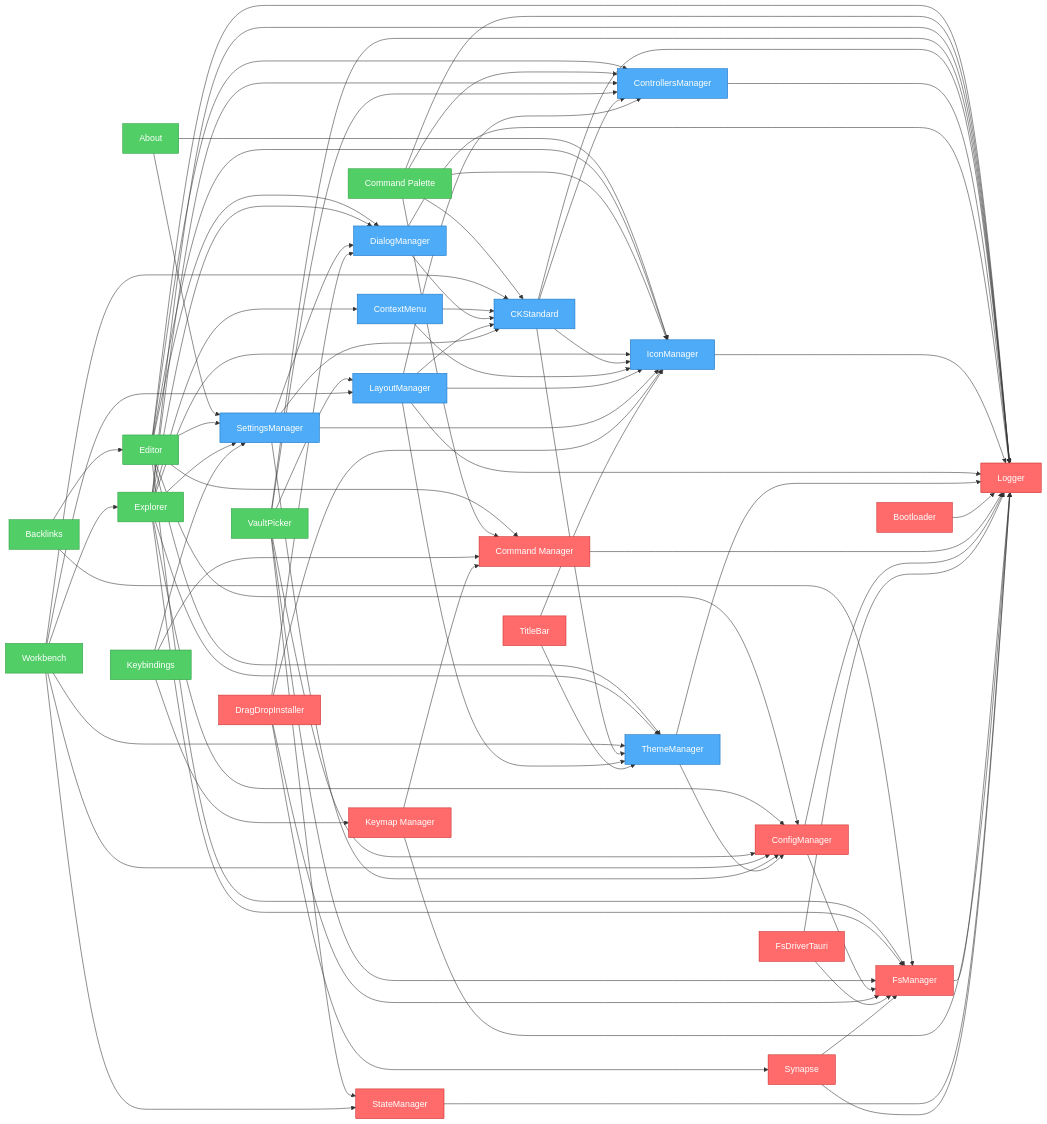
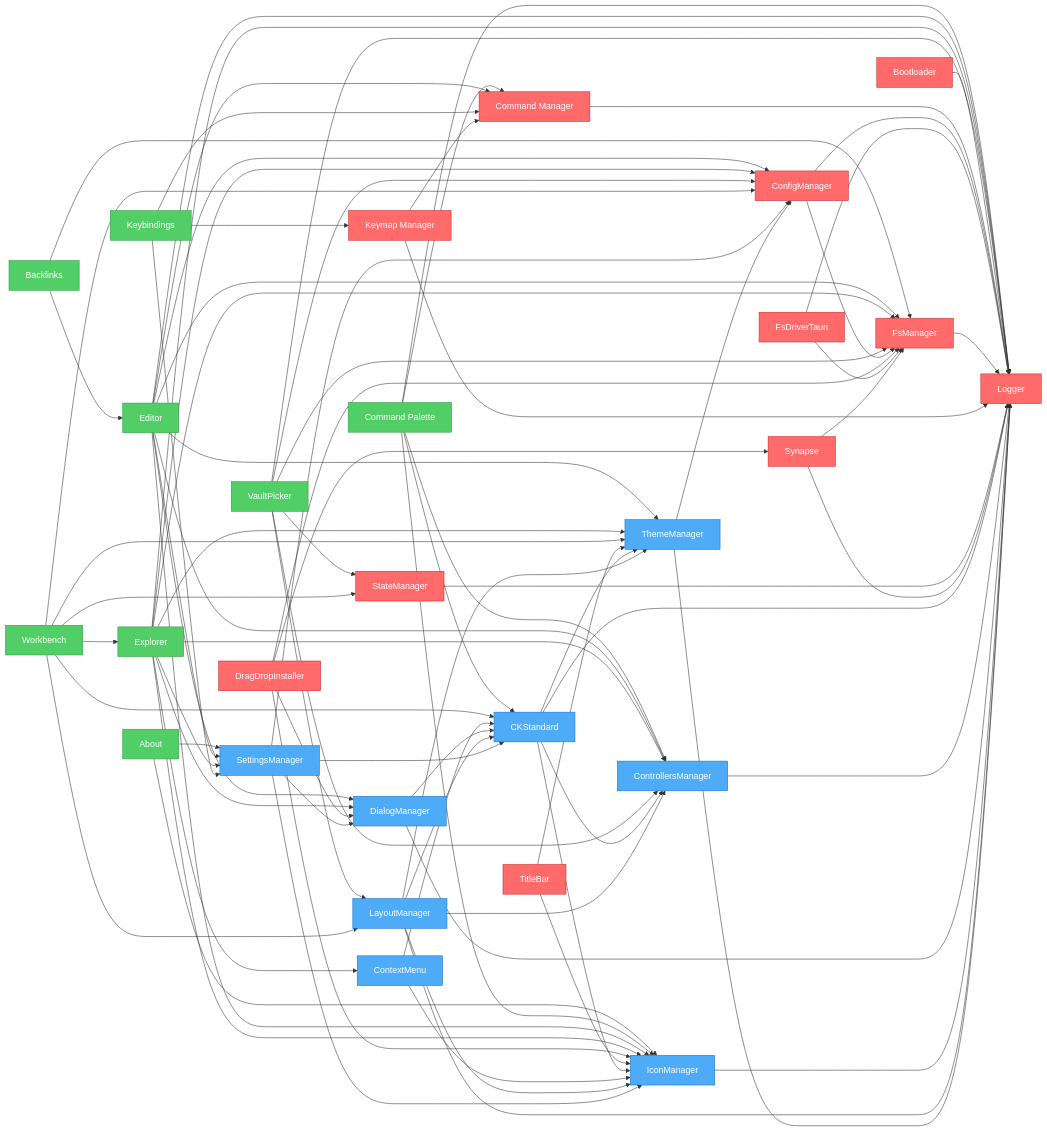
Before and after one commit to khton-tech/notehub.md: the diagram in artifacts/graph.mmd, drawn with Mermaid. The commit also changed 25 other files, not shown here.

Commit message:
feat: Introduce extensive documentation for plugin examples, settings, and architecture, and add CLI commands for project creation and building, along with core plugin initialization logic.

```diff
--- a/artifacts/graph.mmd
+++ b/artifacts/graph.mmd
@@ -1,118 +1,118 @@
 flowchart LR
     nh_features_about["About"]
     nh_features_backlinks["Backlinks"]
+    nh_features_command-palette["Command Palette"]
     nh_features_editor["Editor"]
-    nh_features_command-palette["Command Palette"]
     nh_features_explorer["Explorer"]
+    nh_features_keybindings["Keybindings"]
     nh_features_vault-picker["VaultPicker"]
     nh_features_workbench["Workbench"]
-    nh_features_keybindings["Keybindings"]
-    nh_ui_ck-standard["CKStandard"]
-    nh_ui_context-menu["ContextMenu"]
-    nh_ui_controllers-manager["ControllersManager"]
-    nh_ui_dialog-manager["DialogManager"]
-    nh_ui_icon-manager["IconManager"]
-    nh_ui_layout-manager["LayoutManager"]
-    nh_ui_settings-manager["SettingsManager"]
-    nh_ui_theme-manager["ThemeManager"]
     nh_system_bootloader["Bootloader"]
     nh_system_command-manager["Command Manager"]
     nh_system_config-manager["ConfigManager"]
     nh_system_drag-drop["DragDropInstaller"]
     nh_system_fs-driver-tauri["FsDriverTauri"]
     nh_system_fs-manager["FsManager"]
     nh_system_keymap["Keymap Manager"]
     nh_system_logger["Logger"]
     nh_system_state-manager["StateManager"]
     nh_system_synapse["Synapse"]
     nh_system_titlebar["TitleBar"]
+    nh_ui_ck-standard["CKStandard"]
+    nh_ui_context-menu["ContextMenu"]
+    nh_ui_controllers-manager["ControllersManager"]
+    nh_ui_dialog-manager["DialogManager"]
+    nh_ui_icon-manager["IconManager"]
+    nh_ui_layout-manager["LayoutManager"]
+    nh_ui_settings-manager["SettingsManager"]
+    nh_ui_theme-manager["ThemeManager"]
     nh_features_about --> nh_ui_settings-manager
     nh_features_about --> nh_ui_icon-manager
     nh_features_backlinks --> nh_features_editor
     nh_features_backlinks --> nh_system_fs-manager
+    nh_features_command-palette --> nh_system_command-manager
+    nh_features_command-palette --> nh_system_logger
+    nh_features_command-palette --> nh_ui_controllers-manager
+    nh_features_command-palette --> nh_ui_ck-standard
+    nh_features_command-palette --> nh_ui_icon-manager
     nh_features_editor --> nh_system_config-manager
     nh_features_editor --> nh_system_command-manager
     nh_features_editor --> nh_ui_settings-manager
     nh_features_editor --> nh_system_fs-manager
     nh_features_editor --> nh_system_logger
     nh_features_editor --> nh_ui_controllers-manager
     nh_features_editor --> nh_ui_dialog-manager
     nh_features_editor --> nh_ui_icon-manager
     nh_features_editor --> nh_ui_theme-manager
-    nh_features_command-palette --> nh_system_command-manager
-    nh_features_command-palette --> nh_system_logger
-    nh_features_command-palette --> nh_ui_controllers-manager
-    nh_features_command-palette --> nh_ui_ck-standard
-    nh_features_command-palette --> nh_ui_icon-manager
     nh_features_explorer --> nh_system_config-manager
     nh_features_explorer --> nh_ui_settings-manager
     nh_features_explorer --> nh_system_fs-manager
     nh_features_explorer --> nh_system_logger
     nh_features_explorer --> nh_ui_controllers-manager
     nh_features_explorer --> nh_ui_icon-manager
     nh_features_explorer --> nh_ui_theme-manager
     nh_features_explorer --> nh_ui_context-menu
     nh_features_explorer --> nh_ui_dialog-manager
+    nh_features_keybindings --> nh_ui_settings-manager
+    nh_features_keybindings --> nh_system_command-manager
+    nh_features_keybindings --> nh_system_keymap
     nh_features_vault-picker --> nh_system_fs-manager
     nh_features_vault-picker --> nh_system_config-manager
     nh_features_vault-picker --> nh_system_state-manager
     nh_features_vault-picker --> nh_system_logger
     nh_features_vault-picker --> nh_ui_controllers-manager
     nh_features_vault-picker --> nh_ui_layout-manager
     nh_features_workbench --> nh_system_config-manager
     nh_features_workbench --> nh_ui_layout-manager
     nh_features_workbench --> nh_ui_theme-manager
     nh_features_workbench --> nh_ui_ck-standard
     nh_features_workbench --> nh_system_state-manager
     nh_features_workbench --> nh_features_explorer
-    nh_features_keybindings --> nh_ui_settings-manager
-    nh_features_keybindings --> nh_system_command-manager
-    nh_features_keybindings --> nh_system_keymap
+    nh_system_bootloader --> nh_system_logger
+    nh_system_command-manager --> nh_system_logger
+    nh_system_config-manager --> nh_system_logger
+    nh_system_config-manager --> nh_system_fs-manager
+    nh_system_drag-drop --> nh_ui_icon-manager
+    nh_system_drag-drop --> nh_ui_dialog-manager
+    nh_system_drag-drop --> nh_system_fs-manager
+    nh_system_drag-drop --> nh_system_synapse
+    nh_system_fs-driver-tauri --> nh_system_logger
+    nh_system_fs-driver-tauri --> nh_system_fs-manager
+    nh_system_fs-manager --> nh_system_logger
+    nh_system_keymap --> nh_system_command-manager
+    nh_system_keymap --> nh_system_logger
+    nh_system_state-manager --> nh_system_logger
+    nh_system_synapse --> nh_system_fs-manager
+    nh_system_synapse --> nh_system_logger
+    nh_system_titlebar --> nh_ui_icon-manager
+    nh_system_titlebar --> nh_ui_theme-manager
     nh_ui_ck-standard --> nh_system_logger
     nh_ui_ck-standard --> nh_ui_controllers-manager
     nh_ui_ck-standard --> nh_ui_icon-manager
     nh_ui_ck-standard --> nh_ui_theme-manager
     nh_ui_context-menu --> nh_ui_icon-manager
     nh_ui_context-menu --> nh_ui_ck-standard
     nh_ui_controllers-manager --> nh_system_logger
     nh_ui_dialog-manager --> nh_system_logger
     nh_ui_dialog-manager --> nh_ui_ck-standard
     nh_ui_icon-manager --> nh_system_logger
     nh_ui_layout-manager --> nh_system_logger
     nh_ui_layout-manager --> nh_ui_theme-manager
     nh_ui_layout-manager --> nh_ui_icon-manager
     nh_ui_layout-manager --> nh_ui_controllers-manager
     nh_ui_layout-manager --> nh_ui_ck-standard
     nh_ui_settings-manager --> nh_system_config-manager
     nh_ui_settings-manager --> nh_ui_ck-standard
     nh_ui_settings-manager --> nh_ui_icon-manager
     nh_ui_settings-manager --> nh_ui_dialog-manager
     nh_ui_theme-manager --> nh_system_logger
     nh_ui_theme-manager --> nh_system_config-manager
-    nh_system_bootloader --> nh_system_logger
-    nh_system_command-manager --> nh_system_logger
-    nh_system_config-manager --> nh_system_logger
-    nh_system_config-manager --> nh_system_fs-manager
-    nh_system_drag-drop --> nh_ui_icon-manager
-    nh_system_drag-drop --> nh_ui_dialog-manager
-    nh_system_drag-drop --> nh_system_fs-manager
-    nh_system_drag-drop --> nh_system_synapse
-    nh_system_fs-driver-tauri --> nh_system_logger
-    nh_system_fs-driver-tauri --> nh_system_fs-manager
-    nh_system_fs-manager --> nh_system_logger
-    nh_system_keymap --> nh_system_command-manager
-    nh_system_keymap --> nh_system_logger
-    nh_system_state-manager --> nh_system_logger
-    nh_system_synapse --> nh_system_fs-manager
-    nh_system_synapse --> nh_system_logger
-    nh_system_titlebar --> nh_ui_icon-manager
-    nh_system_titlebar --> nh_ui_theme-manager
 
     %% Styles
     classDef system fill:#ff6b6b,stroke:#c92a2a,color:#fff
     classDef ui fill:#4dabf7,stroke:#1971c2,color:#fff
     classDef feature fill:#51cf66,stroke:#2f9e44,color:#fff
-    class nh_features_about,nh_features_backlinks,nh_features_vault-picker,nh_features_keybindings feature
-    class nh_features_editor,nh_features_command-palette,nh_features_explorer,nh_features_workbench feature
+    class nh_features_about,nh_features_backlinks,nh_features_keybindings,nh_features_vault-picker feature
+    class nh_features_command-palette,nh_features_editor,nh_features_explorer,nh_features_workbench feature
+    class nh_system_bootloader,nh_system_command-manager,nh_system_config-manager,nh_system_drag-drop,nh_system_fs-driver-tauri,nh_system_fs-manager,nh_system_keymap,nh_system_logger,nh_system_state-manager,nh_system_synapse,nh_system_titlebar system
     class nh_ui_ck-standard,nh_ui_context-menu,nh_ui_controllers-manager,nh_ui_dialog-manager,nh_ui_icon-manager,nh_ui_layout-manager,nh_ui_settings-manager,nh_ui_theme-manager ui
-    class nh_system_bootloader,nh_system_command-manager,nh_system_config-manager,nh_system_drag-drop,nh_system_fs-driver-tauri,nh_system_fs-manager,nh_system_keymap,nh_system_logger,nh_system_state-manager,nh_system_synapse,nh_system_titlebar system
```
